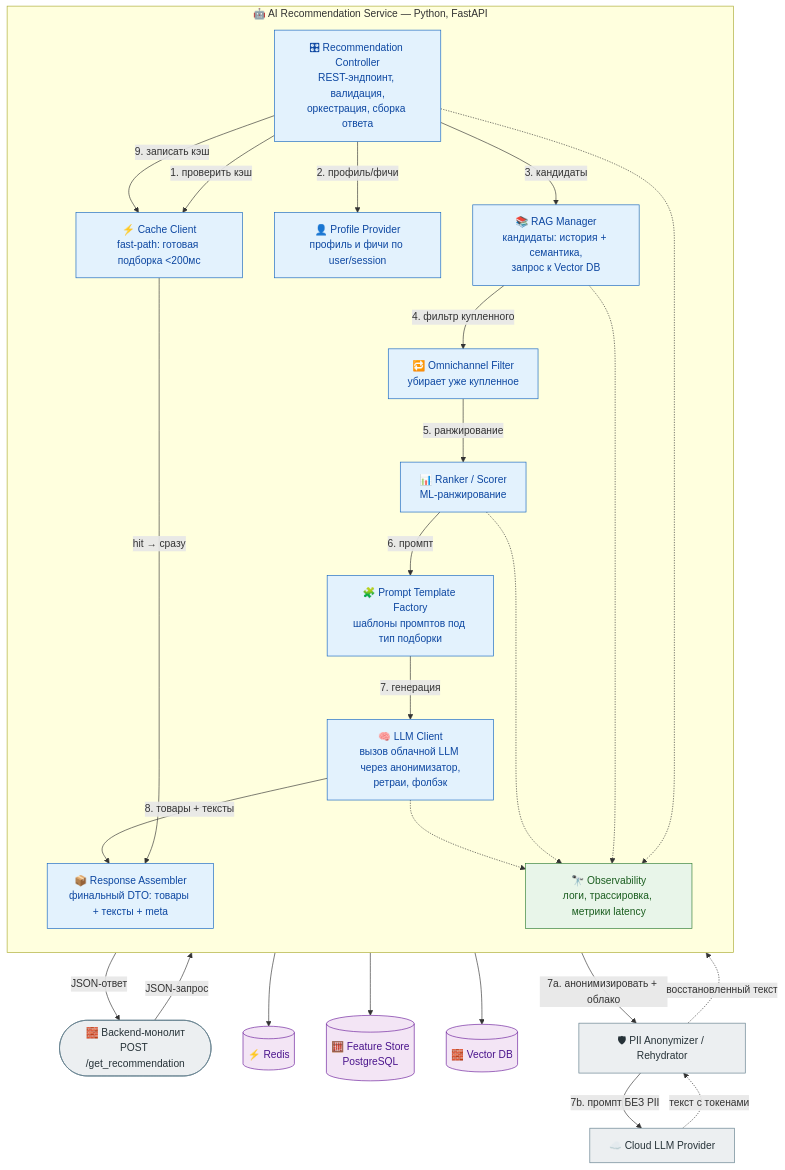
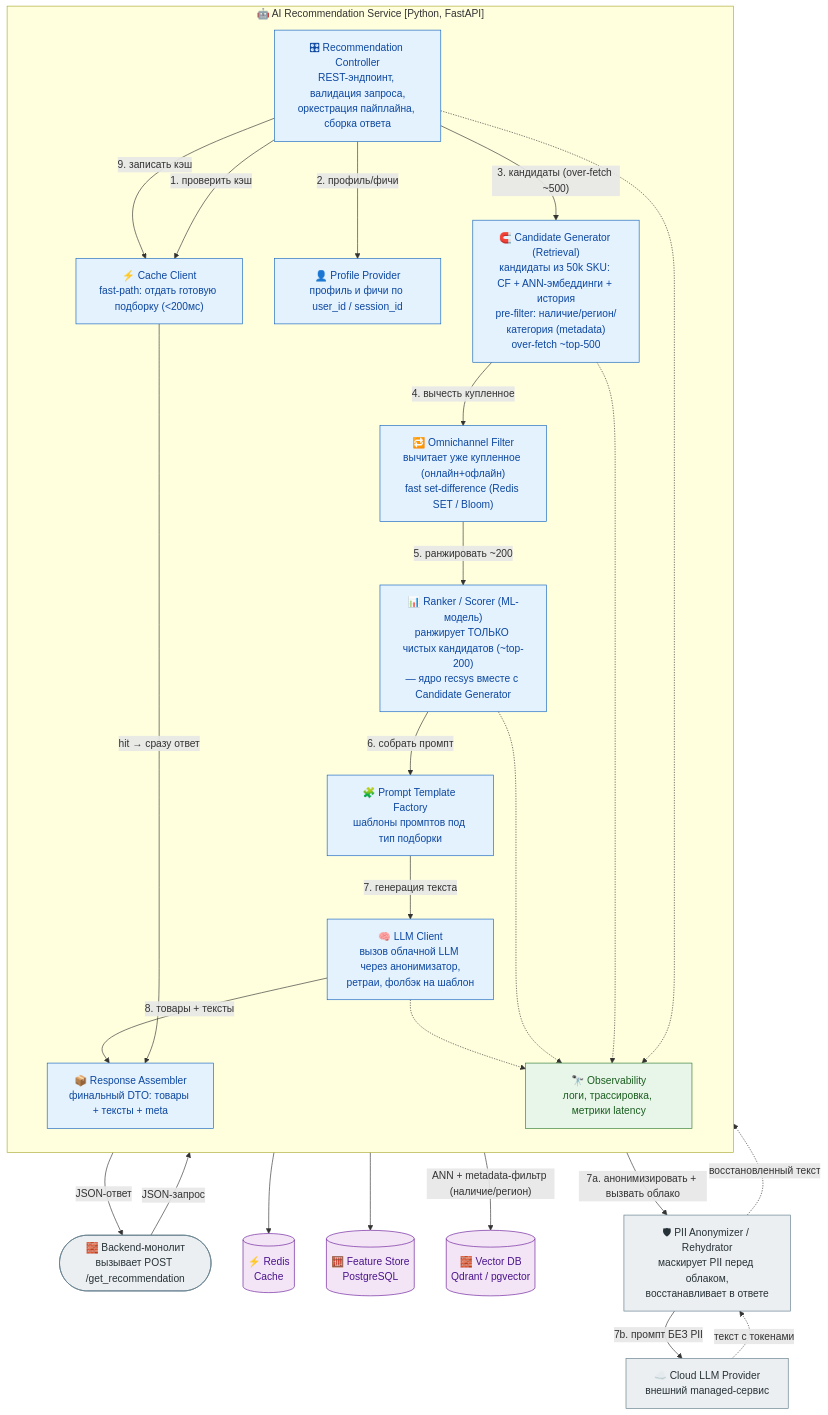
Before and after one commit to divisee/otus-ai-architect: the third of 4 diagrams in hw-2/README.md, drawn with Mermaid. The commit also changed other lines of this file and 3 other files, not shown here.

````diff
--- a/hw-2/README.md
+++ b/hw-2/README.md
@@ -128,59 +144,67 @@
 ```mermaid
 flowchart TB
-    BE([🧱 Backend-монолит<br/>POST /get_recommendation])
+    BE([🧱 Backend-монолит<br/>вызывает POST /get_recommendation])
 
-    subgraph AISVC["🤖 AI Recommendation Service — Python, FastAPI"]
+    subgraph AISVC["🤖 AI Recommendation Service [Python, FastAPI]"]
         direction TB
-        CTRL["🎛 Recommendation Controller<br/>REST-эндпоинт, валидация,<br/>оркестрация, сборка ответа"]
-        CACHEC["⚡ Cache Client<br/>fast-path: готовая подборка <200мс"]
-        PROF["👤 Profile Provider<br/>профиль и фичи по user/session"]
-        RAG["📚 RAG Manager<br/>кандидаты: история + семантика,<br/>запрос к Vector DB"]
-        OMNI["🔁 Omnichannel Filter<br/>убирает уже купленное"]
-        RANK["📊 Ranker / Scorer<br/>ML-ранжирование"]
+
+        CTRL["🎛 Recommendation Controller<br/>REST-эндпоинт, валидация запроса,<br/>оркестрация пайплайна, сборка ответа"]
+        CACHEC["⚡ Cache Client<br/>fast-path: отдать готовую подборку (<200мс)"]
+        PROF["👤 Profile Provider<br/>профиль и фичи по user_id / session_id"]
+        CG["🧲 Candidate Generator (Retrieval)<br/>кандидаты из 50k SKU: CF + ANN-эмбеддинги + история<br/>pre-filter: наличие/регион/категория (metadata)<br/>over-fetch ~top-500"]
+        OMNI["🔁 Omnichannel Filter<br/>вычитает уже купленное (онлайн+офлайн)<br/>fast set-difference (Redis SET / Bloom)"]
+        RANK["📊 Ranker / Scorer (ML-модель)<br/>ранжирует ТОЛЬКО чистых кандидатов (~top-200)<br/>— ядро recsys вместе с Candidate Generator"]
         PTF["🧩 Prompt Template Factory<br/>шаблоны промптов под тип подборки"]
-        LLMC["🧠 LLM Client<br/>вызов облачной LLM через анонимизатор,<br/>ретраи, фолбэк"]
+        LLMC["🧠 LLM Client<br/>вызов облачной LLM через анонимизатор,<br/>ретраи, фолбэк на шаблон"]
         ASM["📦 Response Assembler<br/>финальный DTO: товары + тексты + meta"]
         OBS["🔭 Observability<br/>логи, трассировка, метрики latency"]
     end
 
-    CACHE[("⚡ Redis")]
+    %% Внешние для контейнера зависимости
+    CACHE[("⚡ Redis<br/>Cache")]
     FS[("🧮 Feature Store<br/>PostgreSQL")]
-    VDB[("🧱 Vector DB")]
-    ANON["🛡 PII Anonymizer / Rehydrator"]
-    CLOUD["☁️ Cloud LLM Provider"]
+    VDB[("🧱 Vector DB<br/>Qdrant / pgvector")]
+    ANON["🛡 PII Anonymizer / Rehydrator<br/>маскирует PII перед облаком,<br/>восстанавливает в ответе"]
+    CLOUD["☁️ Cloud LLM Provider<br/>внешний managed-сервис"]
 
+    %% Поток управления
     BE -->|"JSON-запрос"| CTRL
     CTRL -->|"1. проверить кэш"| CACHEC
-    CACHEC -->|"hit → сразу"| ASM
+    CACHEC -->|"hit → сразу ответ"| ASM
     CTRL -->|"2. профиль/фичи"| PROF
-    CTRL -->|"3. кандидаты"| RAG
-    RAG -->|"4. фильтр купленного"| OMNI
-    OMNI -->|"5. ранжирование"| RANK
-    RANK -->|"6. промпт"| PTF
-    PTF -->|"7. генерация"| LLMC
+    CTRL -->|"3. кандидаты (over-fetch ~500)"| CG
+    CG -->|"4. вычесть купленное"| OMNI
+    OMNI -->|"5. ранжировать ~200"| RANK
+    RANK -->|"6. собрать промпт"| PTF
+    PTF -->|"7. генерация текста"| LLMC
     LLMC -->|"8. товары + тексты"| ASM
     CTRL -->|"9. записать кэш"| CACHEC
     ASM -->|"JSON-ответ"| BE
 
+    %% Доступ к данным
     CACHEC --> CACHE
     PROF --> FS
-    RAG --> VDB
-    LLMC -->|"7a. анонимизировать + облако"| ANON
+    CG -->|"ANN + metadata-фильтр (наличие/регион)"| VDB
+
+    %% Генерация: облако через анонимизатор PII
+    LLMC -->|"7a. анонимизировать + вызвать облако"| ANON
     ANON -->|"7b. промпт БЕЗ PII"| CLOUD
     CLOUD -.->|"текст с токенами"| ANON
     ANON -.->|"восстановленный текст"| LLMC
 
+    %% Наблюдаемость
     CTRL -.-> OBS
-    RAG -.-> OBS
+    CG -.-> OBS
     RANK -.-> OBS
     LLMC -.-> OBS
 
     classDef comp fill:#e3f2fd,stroke:#1565c0,color:#0d47a1;
     classDef data fill:#f3e5f5,stroke:#6a1b9a,color:#4a148c;
     classDef ext fill:#eceff1,stroke:#607d8b,color:#263238;
     classDef obs fill:#e8f5e9,stroke:#2e7d32,color:#1b5e20;
-    class CTRL,CACHEC,PROF,RAG,OMNI,RANK,PTF,LLMC,ASM comp;
+
+    class CTRL,CACHEC,PROF,CG,OMNI,RANK,PTF,LLMC,ASM comp;
     class CACHE,FS,VDB data;
     class BE,ANON,CLOUD ext;
     class OBS obs;
 ```
````
